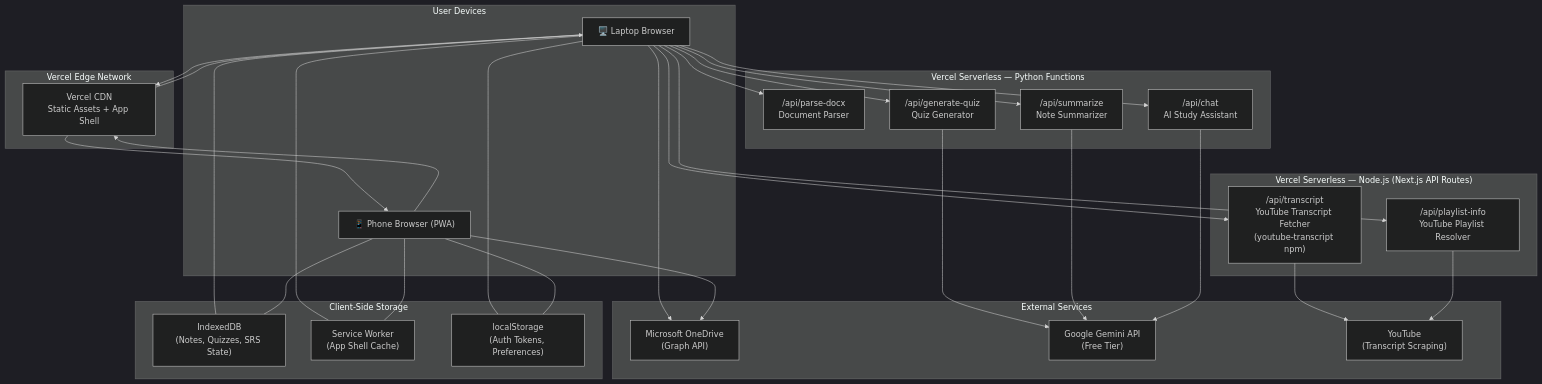
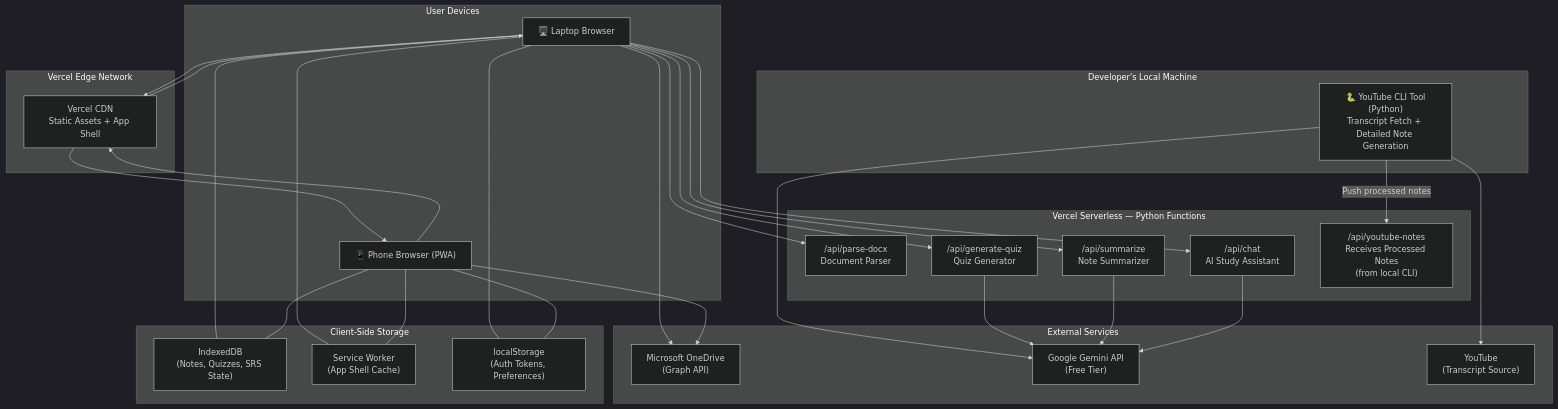
The first of 8 diagrams in documentation/design/high_level/02_system_architecture.md (Strider221B/synapse-sync), drawn with Mermaid (dark theme) before and after one commit. The commit also changed other lines of this file and 7 other files, not shown here.

````diff
--- a/documentation/design/high_level/02_system_architecture.md
+++ b/documentation/design/high_level/02_system_architecture.md
@@ -13,63 +13,63 @@
 ```mermaid
 graph TB
     subgraph "User Devices"
         LAPTOP["🖥️ Laptop Browser"]
         PHONE["📱 Phone Browser (PWA)"]
     end
 
+    subgraph "Developer's Local Machine"
+        CLI["🐍 YouTube CLI Tool<br/>(Python)<br/>Transcript Fetch + Detailed Note Generation"]
+    end
+
     subgraph "Vercel Edge Network"
         CDN["Vercel CDN<br/>Static Assets + App Shell"]
-    end
-
-    subgraph "Vercel Serverless — Node.js (Next.js API Routes)"
-        FN_TRANSCRIPT["/api/transcript<br/>YouTube Transcript Fetcher<br/>(youtube-transcript npm)"]
-        FN_PLAYLIST["/api/playlist-info<br/>YouTube Playlist Resolver"]
     end
 
     subgraph "Vercel Serverless — Python Functions"
         FN_PARSE["/api/parse-docx<br/>Document Parser"]
         FN_QUIZ["/api/generate-quiz<br/>Quiz Generator"]
         FN_SUMMARIZE["/api/summarize<br/>Note Summarizer"]
         FN_CHAT["/api/chat<br/>AI Study Assistant"]
+        FN_YT_NOTES["/api/youtube-notes<br/>Receives Processed Notes<br/>(from local CLI)"]
     end
 
     subgraph "External Services"
         ONEDRIVE["Microsoft OneDrive<br/>(Graph API)"]
         GEMINI["Google Gemini API<br/>(Free Tier)"]
-        YOUTUBE["YouTube<br/>(Transcript Scraping)"]
+        YOUTUBE["YouTube<br/>(Transcript Source)"]
     end
 
     subgraph "Client-Side Storage"
         IDB["IndexedDB<br/>(Notes, Quizzes, SRS State)"]
         SW["Service Worker<br/>(App Shell Cache)"]
         LS["localStorage<br/>(Auth Tokens, Preferences)"]
     end
 
     LAPTOP --> CDN
     PHONE --> CDN
     CDN --> LAPTOP
     CDN --> PHONE
 
-    LAPTOP --> FN_TRANSCRIPT
-    LAPTOP --> FN_PLAYLIST
     LAPTOP --> FN_PARSE
     LAPTOP --> FN_QUIZ
     LAPTOP --> FN_SUMMARIZE
     LAPTOP --> FN_CHAT
 
-    FN_TRANSCRIPT --> YOUTUBE
-    FN_PLAYLIST --> YOUTUBE
+    CLI --> YOUTUBE
+    CLI --> GEMINI
+    CLI -->|"Push processed notes"| FN_YT_NOTES
+
     FN_QUIZ --> GEMINI
     FN_SUMMARIZE --> GEMINI
     FN_CHAT --> GEMINI
 
     LAPTOP --> ONEDRIVE
     PHONE --> ONEDRIVE
 
     LAPTOP --- IDB
     LAPTOP --- SW
     LAPTOP --- LS
     PHONE --- IDB
     PHONE --- SW
     PHONE --- LS
 ```
````
